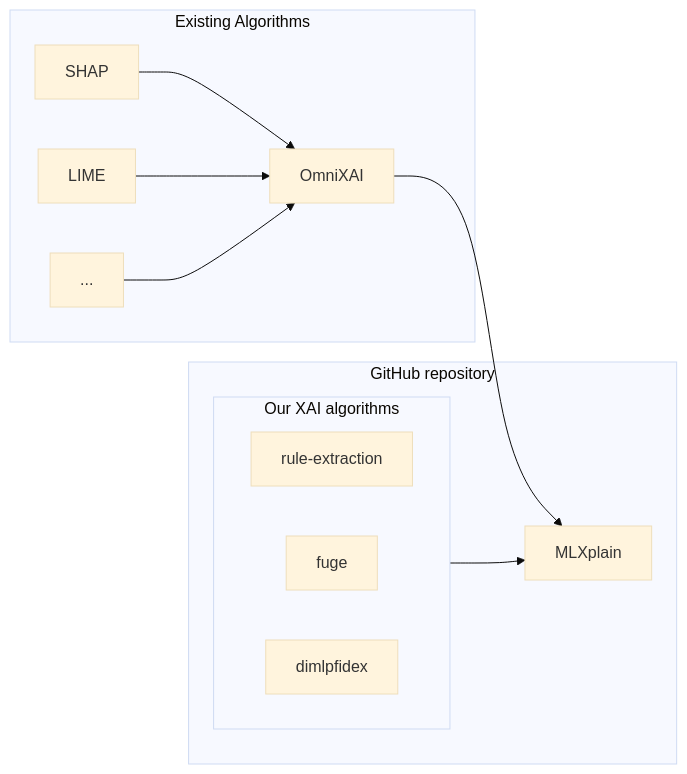
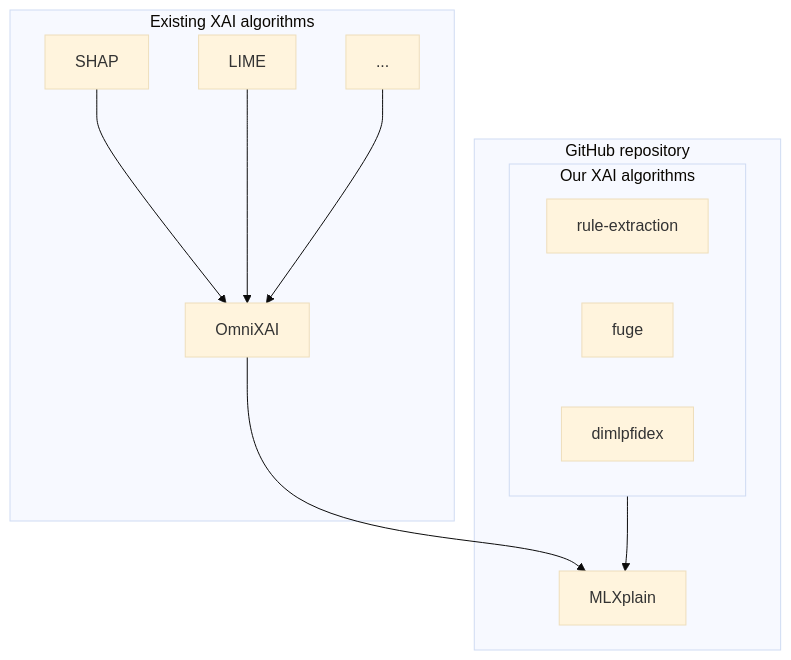
Before and after one commit to HES-XPLAIN/hes-xplain.github.io: the second of 5 diagrams in docs/platform/usage.md, drawn with Mermaid (base theme). The commit also changed other lines of this file and 1 other file, not shown here.

````diff
--- a/docs/platform/usage.md
+++ b/docs/platform/usage.md
@@ -62,27 +62,27 @@
 ```mermaid
-graph LR
+graph TB
     subgraph Repo["GitHub repository"]
         subgraph hesxplainAlgo["Our XAI algorithms"]
             direction LR
             algoRuleextract["rule-extraction"]
             algoFuge["fuge"]
             algoDimlp["dimlpfidex"]
         end
 
         mlxplain["MLXplain"]
     end
 
-    subgraph ExternalAlgo["Existing Algorithms"]
+    subgraph ExternalAlgo["Existing XAI algorithms"]
         existingAlgo1["SHAP"]
         existingAlgo2["LIME"]
         existingAlgo3["..."]
         omnixai["OmniXAI"]
     end
 
     hesxplainAlgo --> mlxplain
     existingAlgo1 --> omnixai
     existingAlgo2 --> omnixai
     existingAlgo3 --> omnixai
     omnixai --> mlxplain
 
 ```
````
